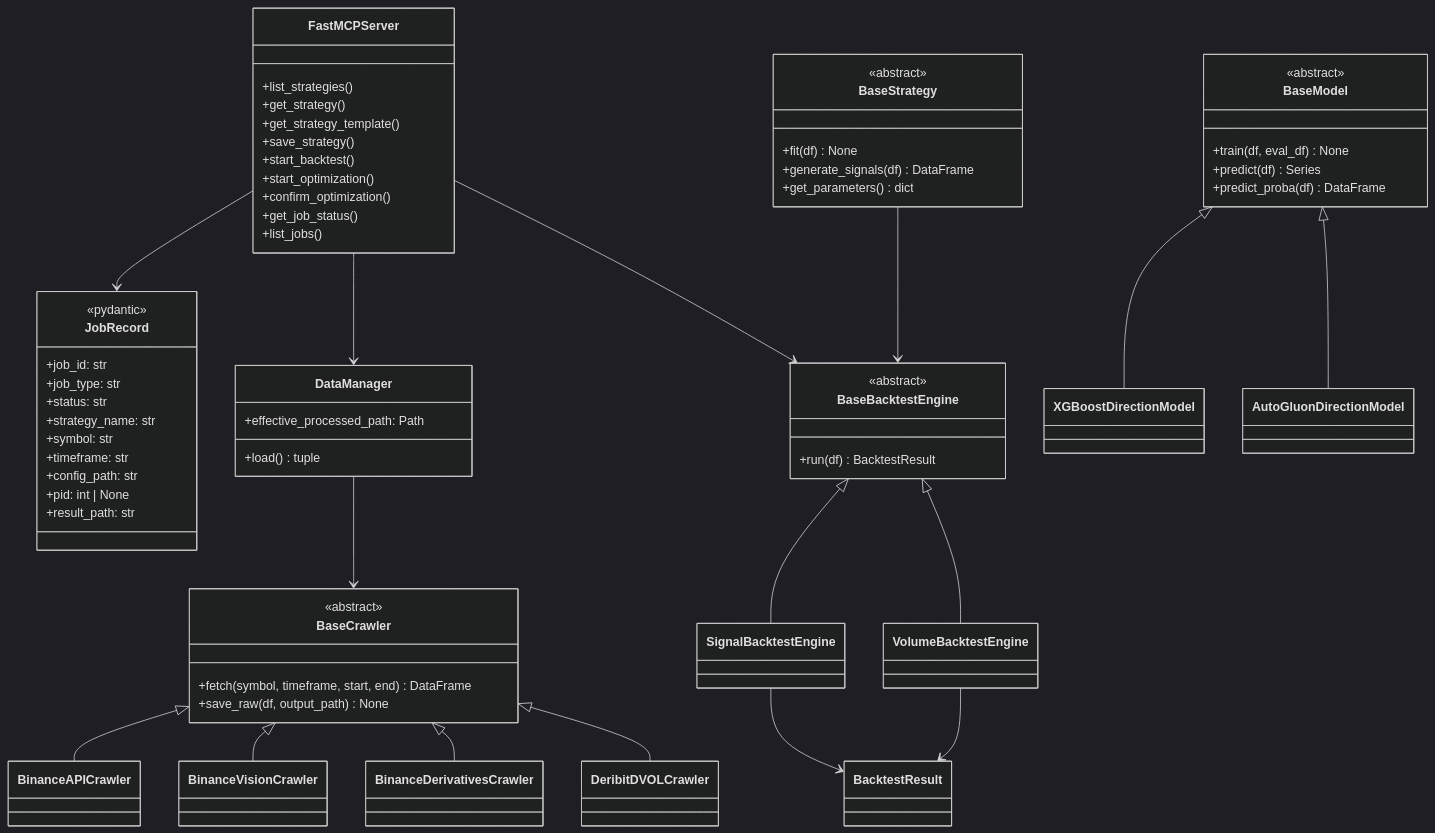
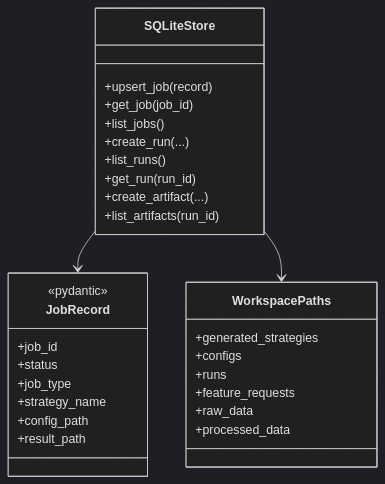
One commit to Kuan-Lun/tradingdev changed the third of 3 diagrams in ARCHITECTURE.md. Above: the diagram before and after it, drawn with Mermaid (dark theme). The commit also changed other lines of this file and 201 other files, not shown here.

Commit message:
refactor: complete mcp-first architecture

````diff
--- a/ARCHITECTURE.md
+++ b/ARCHITECTURE.md
@@ -84,84 +94,35 @@
 ```mermaid
 classDiagram
-    direction TB
+    class SQLiteStore {
+        +upsert_job(record)
+        +get_job(job_id)
+        +list_jobs()
+        +create_run(...)
+        +list_runs()
+        +get_run(run_id)
+        +create_artifact(...)
+        +list_artifacts(run_id)
+    }
 
-    class FastMCPServer {
-        +list_strategies()
-        +get_strategy()
-        +get_strategy_template()
-        +save_strategy()
-        +start_backtest()
-        +start_optimization()
-        +confirm_optimization()
-        +get_job_status()
-        +list_jobs()
+    class WorkspacePaths {
+        +generated_strategies
+        +configs
+        +runs
+        +feature_requests
+        +raw_data
+        +processed_data
     }
 
     class JobRecord {
         <<pydantic>>
-        +job_id: str
-        +job_type: str
-        +status: str
-        +strategy_name: str
-        +symbol: str
-        +timeframe: str
-        +config_path: str
-        +pid: int | None
-        +result_path: str
+        +job_id
+        +status
+        +job_type
+        +strategy_name
+        +config_path
+        +result_path
     }
 
-    class DataManager {
-        +load() tuple
-        +effective_processed_path: Path
-    }
-
-    class BaseCrawler {
-        <<abstract>>
-        +fetch(symbol, timeframe, start, end) DataFrame
-        +save_raw(df, output_path) None
-    }
-
-    class BinanceAPICrawler
-    class BinanceVisionCrawler
-    class BinanceDerivativesCrawler
-    class DeribitDVOLCrawler
-
-    class BaseBacktestEngine {
-        <<abstract>>
-        +run(df) BacktestResult
-    }
-
-    class SignalBacktestEngine
-    class VolumeBacktestEngine
-    class BacktestResult
-
-    class BaseStrategy {
-        <<abstract>>
-        +fit(df) None
-        +generate_signals(df) DataFrame
-        +get_parameters() dict
-    }
-
-    class BaseModel {
-        <<abstract>>
-        +train(df, eval_df) None
-        +predict(df) Series
-        +predict_proba(df) DataFrame
-    }
-
-    FastMCPServer --> JobRecord
-    FastMCPServer --> DataManager
-    FastMCPServer --> BaseBacktestEngine
-    DataManager --> BaseCrawler
-    BaseCrawler <|-- BinanceAPICrawler
-    BaseCrawler <|-- BinanceVisionCrawler
-    BaseCrawler <|-- BinanceDerivativesCrawler
-    BaseCrawler <|-- DeribitDVOLCrawler
-    BaseBacktestEngine <|-- SignalBacktestEngine
-    BaseBacktestEngine <|-- VolumeBacktestEngine
-    SignalBacktestEngine --> BacktestResult
-    VolumeBacktestEngine --> BacktestResult
-    BaseStrategy --> BaseBacktestEngine
-    BaseModel <|-- XGBoostDirectionModel
-    BaseModel <|-- AutoGluonDirectionModel
+    SQLiteStore --> JobRecord
+    SQLiteStore --> WorkspacePaths
 ```
````
